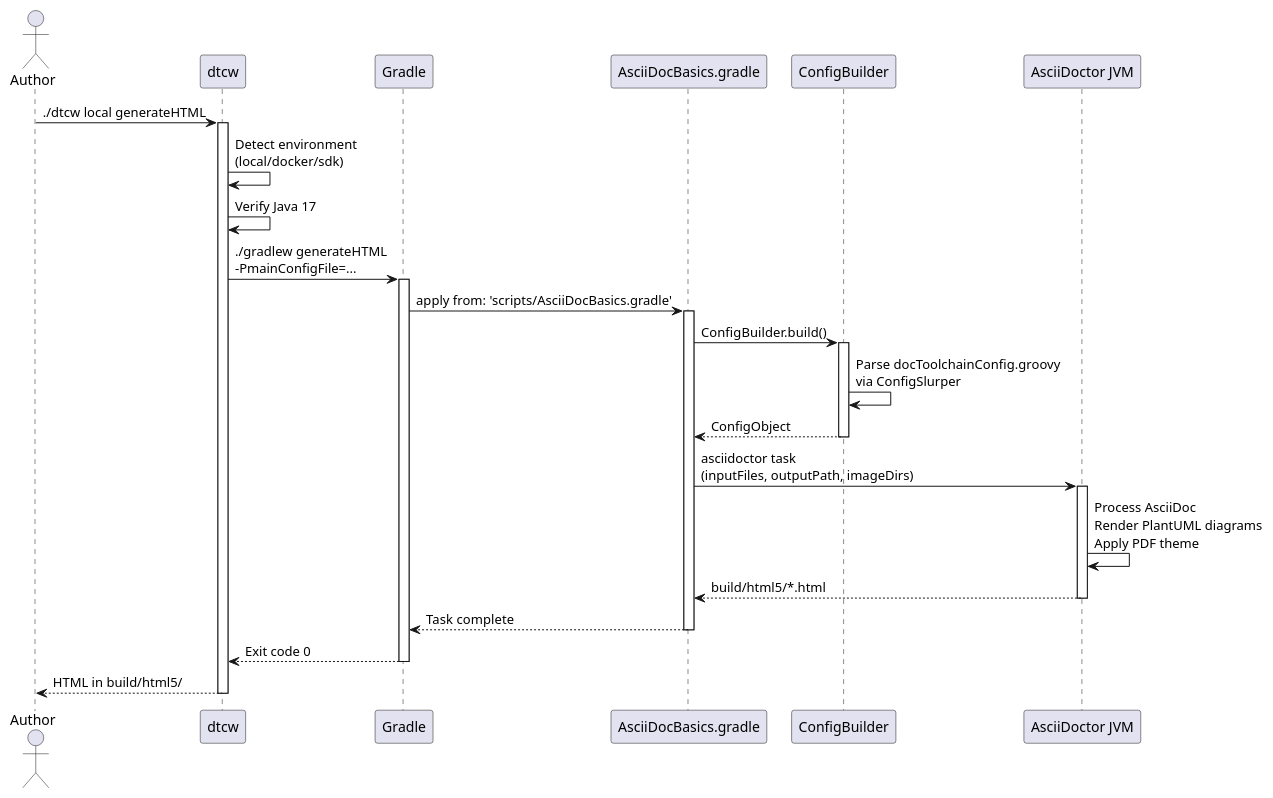
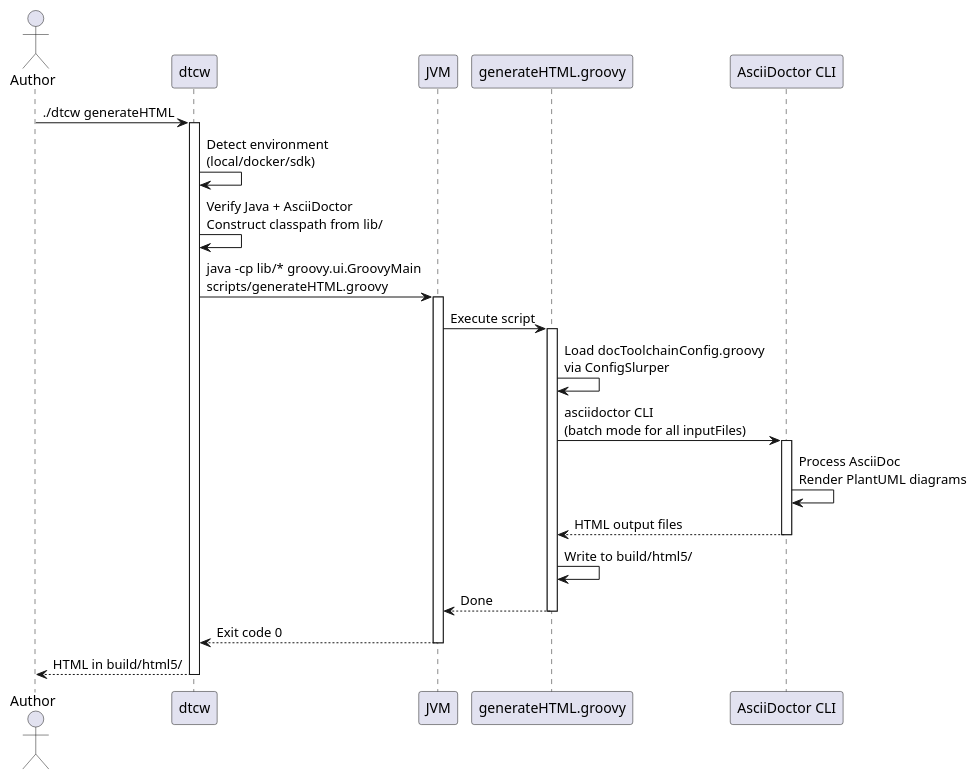
Before and after one commit to raifdmueller/docToolchain: the first of 4 diagrams in src/docs/arc42/chapters/06_runtime_view.adoc, drawn with PlantUML. The commit also changed other lines of this file and 31 other files, not shown here.

First line of the commit message:
docs: v4 architecture — PRD, specification, ADRs, quality scenarios

```diff
--- a/src/docs/arc42/chapters/06_runtime_view.adoc
+++ b/src/docs/arc42/chapters/06_runtime_view.adoc
@@ -22,36 +20,32 @@
-[plantuml,runtime-generatehtml,png]
+[plantuml,runtime-generatehtml-v4,png]
 ----
 @startuml
 actor "Author" as user
 participant "dtcw" as dtcw
-participant "Gradle" as gradle
-participant "AsciiDocBasics.gradle" as basics
-participant "ConfigBuilder" as cb
-participant "AsciiDoctor JVM" as asciidoc
+participant "JVM" as jvm
+participant "generateHTML.groovy" as script
+participant "AsciiDoctor CLI" as asciidoc
 
-user -> dtcw : ./dtcw local generateHTML
+user -> dtcw : ./dtcw generateHTML
 activate dtcw
 dtcw -> dtcw : Detect environment\n(local/docker/sdk)
-dtcw -> dtcw : Verify Java 17
-dtcw -> gradle : ./gradlew generateHTML\n-PmainConfigFile=...
-activate gradle
-gradle -> basics : apply from: 'scripts/AsciiDocBasics.gradle'
-activate basics
-basics -> cb : ConfigBuilder.build()
-activate cb
-cb -> cb : Parse docToolchainConfig.groovy\nvia ConfigSlurper
-cb --> basics : ConfigObject
-deactivate cb
-basics -> asciidoc : asciidoctor task\n(inputFiles, outputPath, imageDirs)
+dtcw -> dtcw : Verify Java + AsciiDoctor\nConstruct classpath from lib/
+dtcw -> jvm : java -cp lib/* groovy.ui.GroovyMain\nscripts/generateHTML.groovy
+activate jvm
+jvm -> script : Execute script
+activate script
+script -> script : Load docToolchainConfig.groovy\nvia ConfigSlurper
+script -> asciidoc : asciidoctor CLI\n(batch mode for all inputFiles)
 activate asciidoc
-asciidoc -> asciidoc : Process AsciiDoc\nRender PlantUML diagrams\nApply PDF theme
-asciidoc --> basics : build/html5/*.html
+asciidoc -> asciidoc : Process AsciiDoc\nRender PlantUML diagrams
+asciidoc --> script : HTML output files
 deactivate asciidoc
-basics --> gradle : Task complete
-deactivate basics
-gradle --> dtcw : Exit code 0
-deactivate gradle
+script -> script : Write to build/html5/
+script --> jvm : Done
+deactivate script
+jvm --> dtcw : Exit code 0
+deactivate jvm
 dtcw --> user : HTML in build/html5/
 deactivate dtcw
 @enduml
 ----
```
